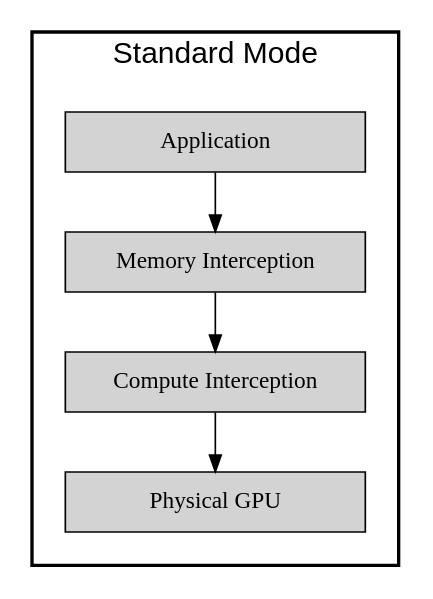
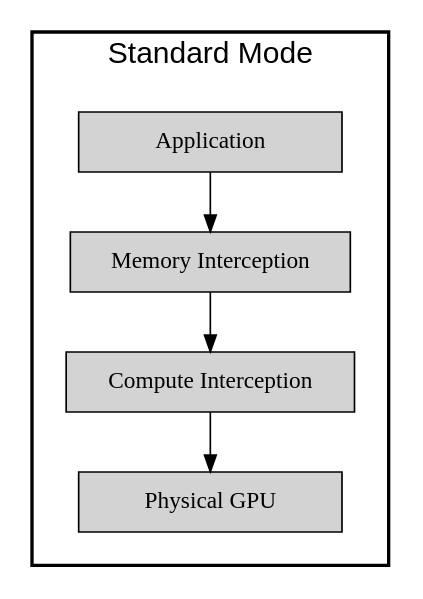
Before and after one commit to slidr-cli/slidr: the first of 2 diagrams in examples/features_demo.md, drawn with Graphviz. The commit also changed 1 other file, not shown here.

Commit message:
refactor: use node and cluster selectors for theme CSS instead of .tag-* classes
This fixes the issue where colors are applied to the text but not the
border and background of the css

````diff
--- a/examples/features_demo.md
+++ b/examples/features_demo.md
@@ -42,23 +42,23 @@
 ```dot
 digraph standard_mode {
     rankdir=TB;
     compound=true;
     newrank=true;
 
     subgraph cluster_main {
         label="Standard Mode";
         penwidth=2;
         fontsize=18;
         fontname="sans-serif";
         margin=20;
-        node [width=2.5];
+        node [width=2.2];
 
-        app [label="Application" class="tag-default" shape=box style=filled];
-        mem [label="Memory Interception" class="tag-cyan" shape=box style=filled];
-        comp [label="Compute Interception" class="tag-cyan" shape=box style=filled];
-        gpu [label="Physical GPU" class="tag-green" shape=box style=filled];
+        app [label="Application" class="default" shape=box style=filled];
+        mem [label="Memory Interception" class="cyan" shape=box style=filled];
+        comp [label="Compute Interception" class="cyan" shape=box style=filled];
+        gpu [label="Physical GPU" class="green" shape=box style=filled];
 
         app -> mem -> comp -> gpu;
     }
 }
 ```
````
